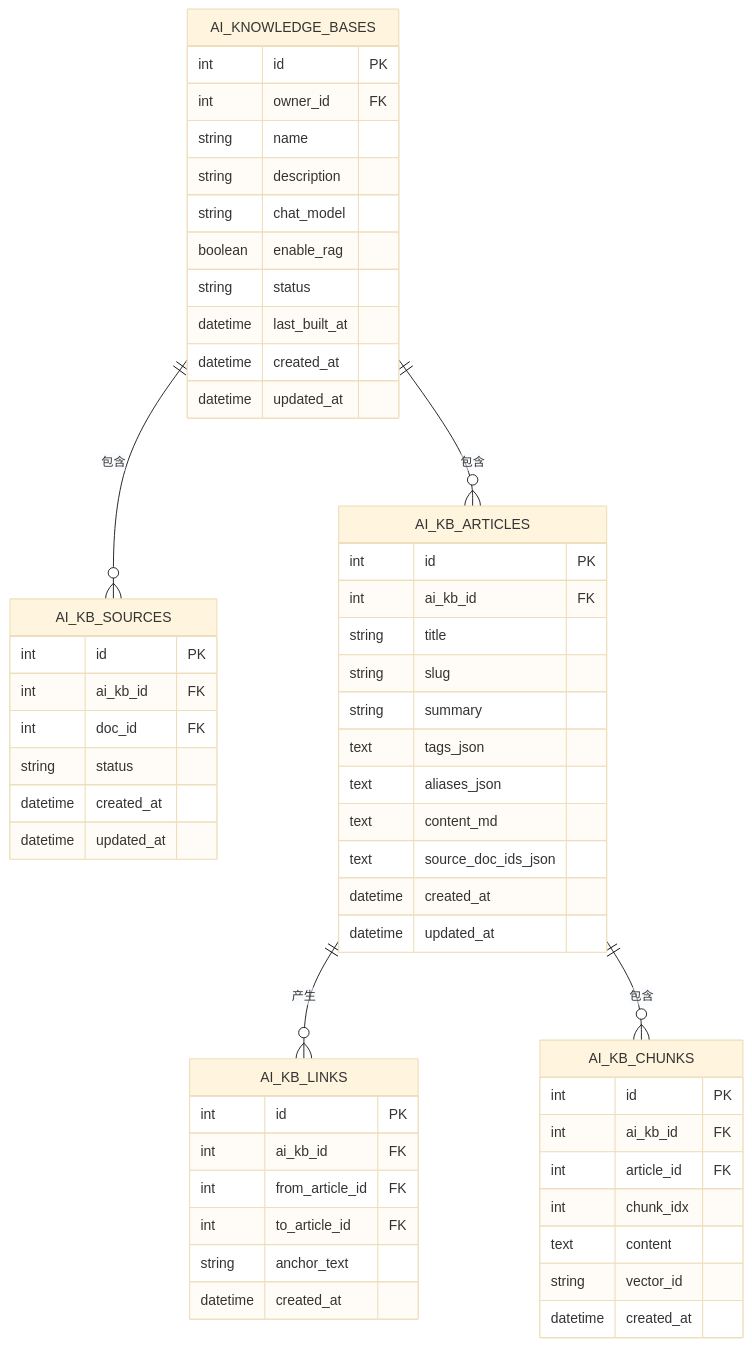
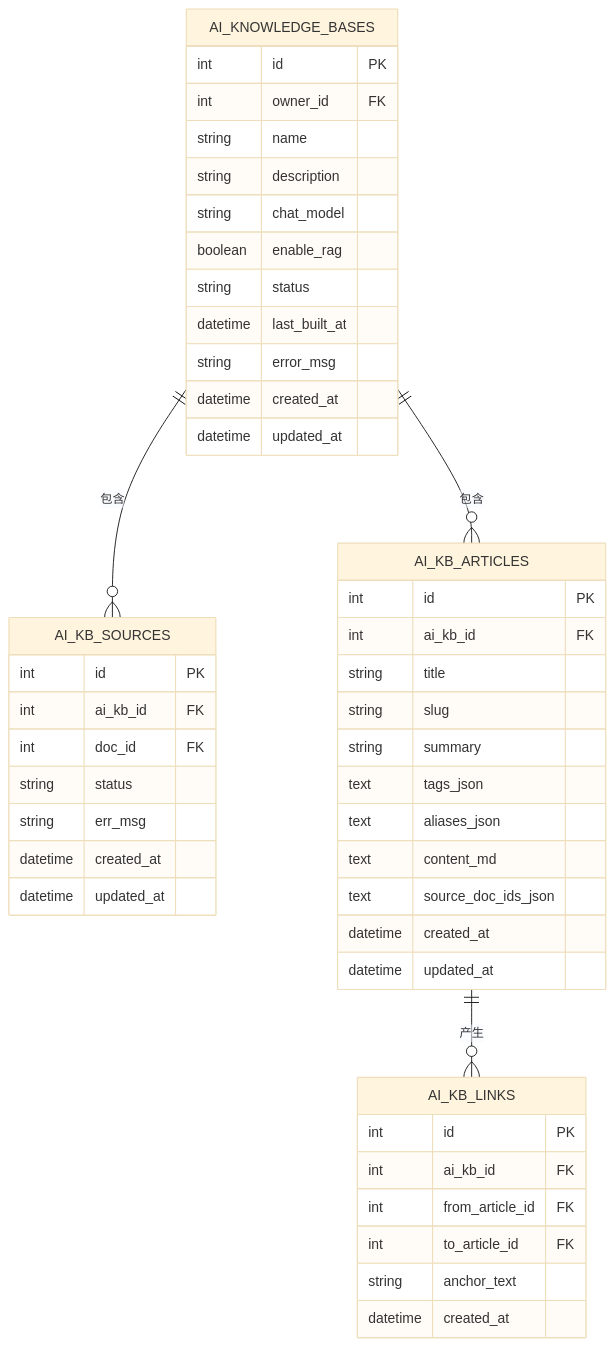
One commit to beyondalbert/my_wiki changed the tenth of 15 diagrams in .qoder/repowiki/zh/content/核心模块/知识库管理模块/知识库管理模块.md. Above: the diagram before and after it, drawn with Mermaid (base theme). The commit also changed other lines of this file and 17 other files, not shown here.

````diff
--- a/.qoder/repowiki/zh/content/核心模块/知识库管理模块/知识库管理模块.md
+++ b/.qoder/repowiki/zh/content/核心模块/知识库管理模块/知识库管理模块.md
@@ -498,57 +554,49 @@
 ```mermaid
 erDiagram
 AI_KNOWLEDGE_BASES {
 int id PK
 int owner_id FK
 string name
 string description
 string chat_model
 boolean enable_rag
 string status
 datetime last_built_at
+string error_msg
 datetime created_at
 datetime updated_at
 }
 AI_KB_SOURCES {
 int id PK
 int ai_kb_id FK
 int doc_id FK
 string status
+string err_msg
 datetime created_at
 datetime updated_at
 }
 AI_KB_ARTICLES {
 int id PK
 int ai_kb_id FK
 string title
 string slug
 string summary
 text tags_json
 text aliases_json
 text content_md
 text source_doc_ids_json
 datetime created_at
 datetime updated_at
 }
 AI_KB_LINKS {
 int id PK
 int ai_kb_id FK
 int from_article_id FK
 int to_article_id FK
 string anchor_text
 datetime created_at
 }
-AI_KB_CHUNKS {
-int id PK
-int ai_kb_id FK
-int article_id FK
-int chunk_idx
-text content
-string vector_id
-datetime created_at
-}
 AI_KNOWLEDGE_BASES ||--o{ AI_KB_SOURCES : "包含"
 AI_KNOWLEDGE_BASES ||--o{ AI_KB_ARTICLES : "包含"
 AI_KB_ARTICLES ||--o{ AI_KB_LINKS : "产生"
-AI_KB_ARTICLES ||--o{ AI_KB_CHUNKS : "包含"
 ```
````
